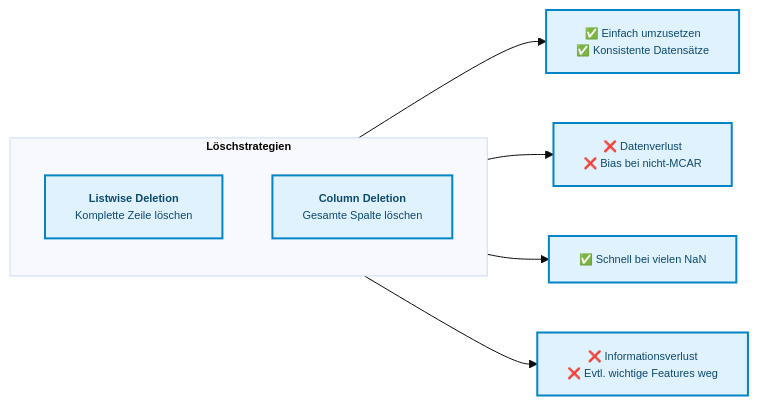
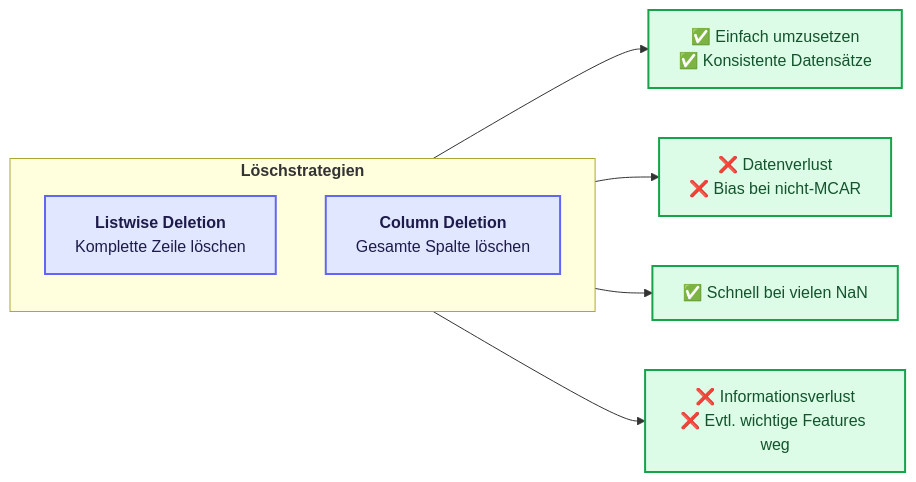
The second of 4 diagrams in docs/concepts/prepare/missing_values.md (ralf-42/ML_Intro), drawn with Mermaid before and after one commit. The commit also changed other lines of this file and 49 other files, not shown here.

````diff
--- a/docs/concepts/prepare/missing_values.md
+++ b/docs/concepts/prepare/missing_values.md
@@ -75,18 +74,22 @@
 ```mermaid
-%%{init: {'theme': 'base', 'themeVariables': {'fontSize': '11px'}}}%%
 flowchart LR
     subgraph deletion["<b>Löschstrategien"]
         direction TB
         listwise["<b>Listwise Deletion</b><br/>Komplette Zeile löschen"]
         column["<b>Column Deletion</b><br/>Gesamte Spalte löschen"]
     end
     
     listwise --> lw_pro["✅ Einfach umzusetzen<br/>✅ Konsistente Datensätze"]
     listwise --> lw_con["❌ Datenverlust<br/>❌ Bias bei nicht-MCAR"]
     
    
     column --> col_pro["✅ Schnell bei vielen NaN"]
     column --> col_con["❌ Informationsverlust<br/>❌ Evtl. wichtige Features weg"]
 
-classDef default fill:#e0f2fe,stroke:#0284c7,stroke-width:2px,color:#0c4a6e;
+    classDef default fill:#e0f2fe,stroke:#0284c7,stroke-width:2px,color:#0c4a6e;
+    classDef input fill:#e0e7ff,stroke:#6366f1,stroke-width:2px,color:#1e1b4b;
+    classDef output fill:#dcfce7,stroke:#16a34a,stroke-width:2px,color:#14532d;
+
+    class listwise,column input;
+    class lw_pro,lw_con,col_pro,col_con output;
 ```
````
